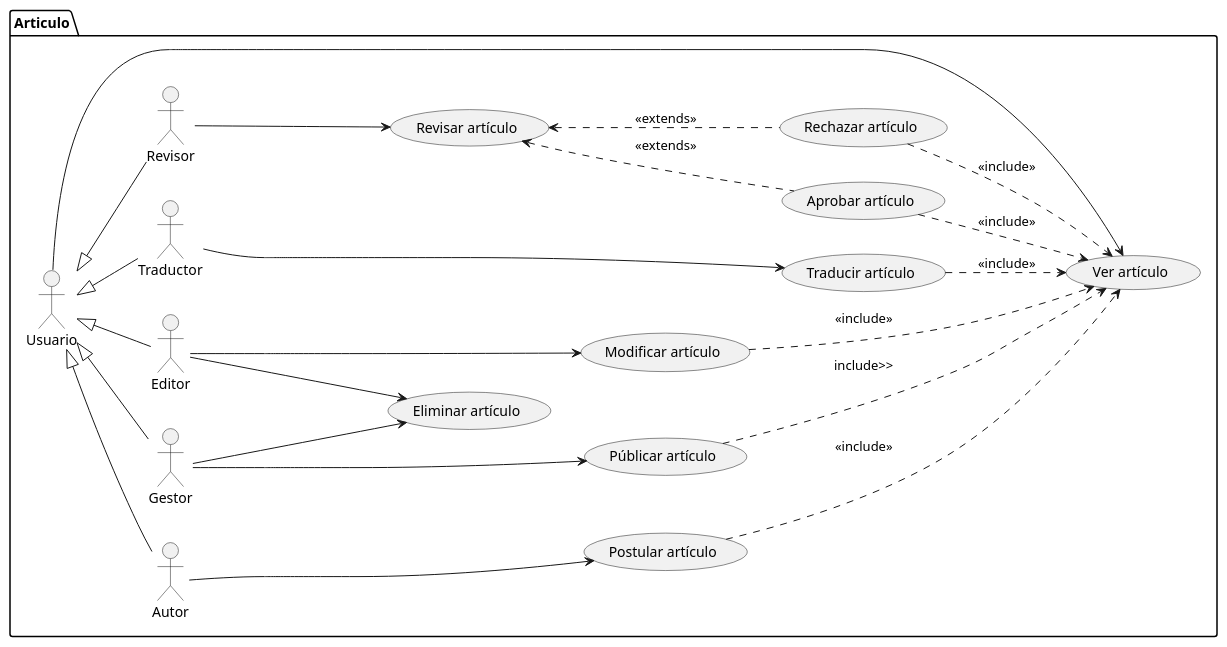
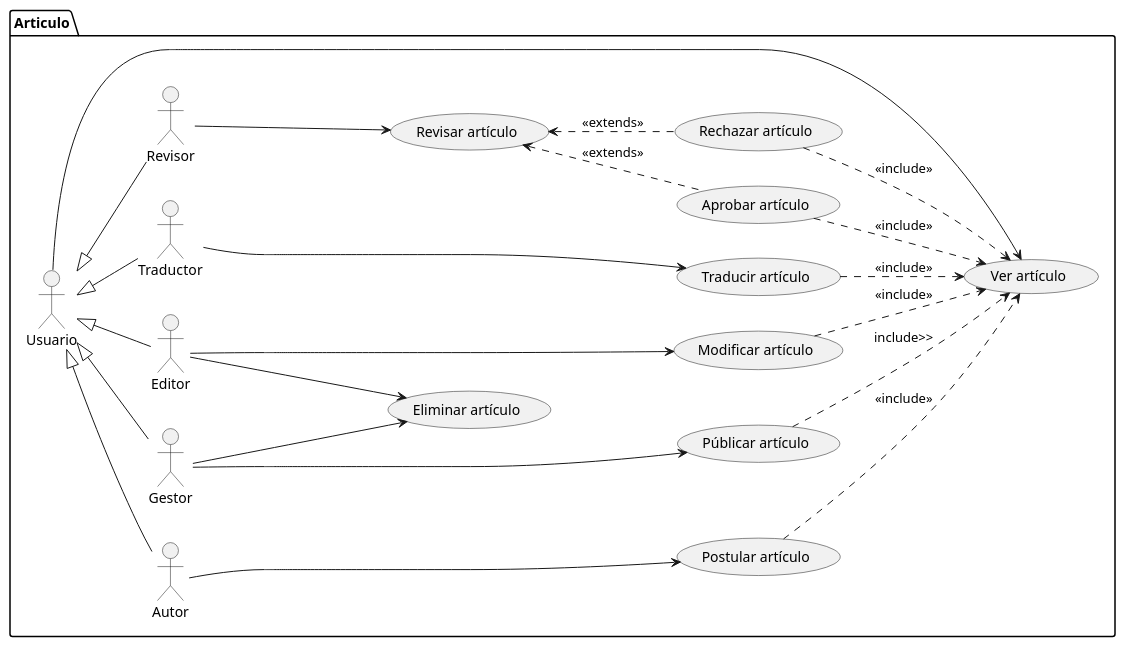
The diagram in 000-entregas/Grupo4/ProyectoEditorial/CasosDeUso/EncontrarCasosDeUso/articulo.puml (mmasias/IdSw1-22-23), drawn with PlantUML before and after one commit. The commit also changed 1 other file, not shown here.

```diff
--- a/000-entregas/Grupo4/ProyectoEditorial/CasosDeUso/EncontrarCasosDeUso/articulo.puml
+++ b/000-entregas/Grupo4/ProyectoEditorial/CasosDeUso/EncontrarCasosDeUso/articulo.puml
@@ -1,49 +1,49 @@
 @startuml Casos de uso Articulo
 
 left to right direction
 package Articulo{
     actor Gestor as gs
     actor Autor as au
     actor Traductor as tr
     actor Editor as ed
     actor Usuario as us
     actor Revisor as rv
 
     usecase "Públicar artículo" as create
     usecase "Postular artículo" as postular
     usecase "Modificar artículo" as update
     usecase "Eliminar artículo" as delete
     usecase "Aprobar artículo" as aprobar
     usecase "Rechazar artículo" as rechazar
     usecase "Revisar artículo" as revisar
     usecase "Ver artículo" as read
     usecase "Traducir artículo" as traducir
 }
 
 gs -u-|> us
 au -u-|> us
 tr -u-|> us
 rv -u-|> us
 ed -u-|> us
 
 us ---> read
 
-au ----> postular
-tr ----> traducir
+au -----> postular
+tr -----> traducir
 rv ----> revisar
-ed ----> update
+ed -----> update
 ed ----> delete
-gs ----> create
+gs -----> create
 gs ----> delete
 
 (revisar) <.. (aprobar) : <<extends>>
 (revisar) <.. (rechazar) : <<extends>>
 (create) ..> (read) : include>>
 (postular) ..> (read) :<<include>>
 (aprobar) ..> (read) : <<include>>
 (rechazar) ..> (read) : <<include>>
 (traducir) ..> (read) : <<include>>
 (update) ..> (read) : <<include>>
 
 
 @enduml
```
